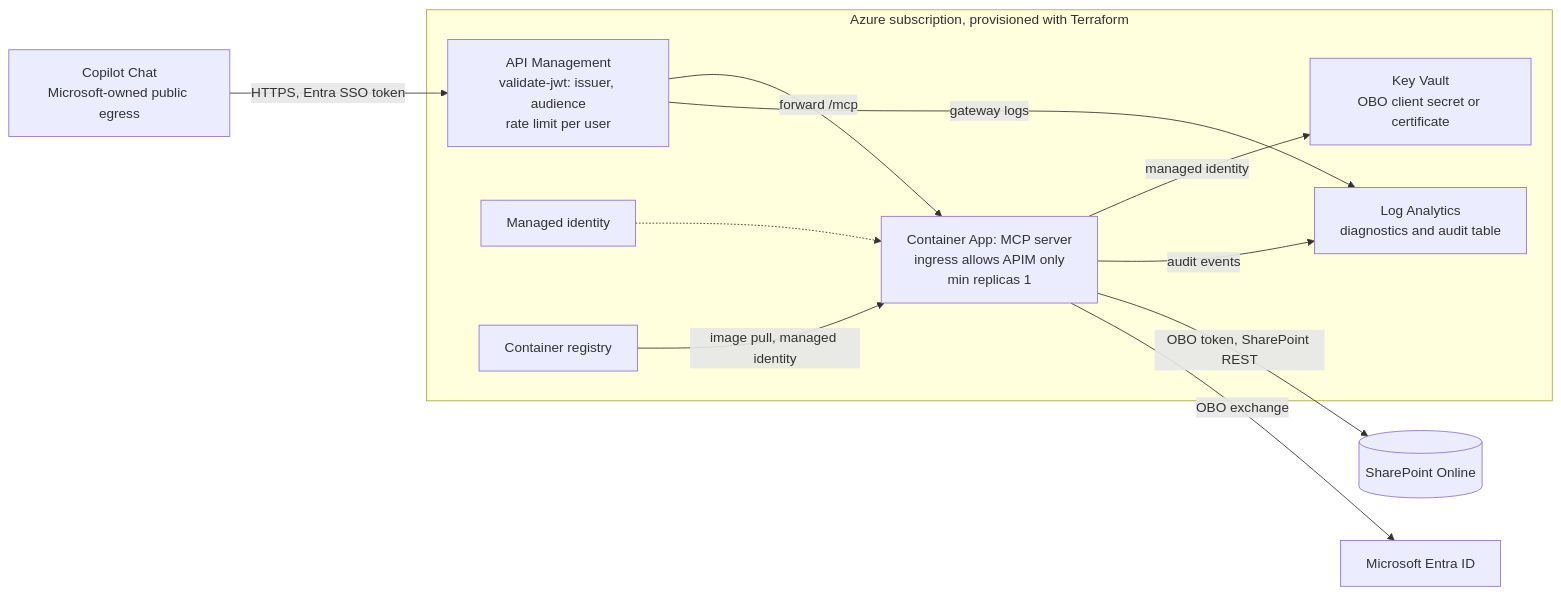
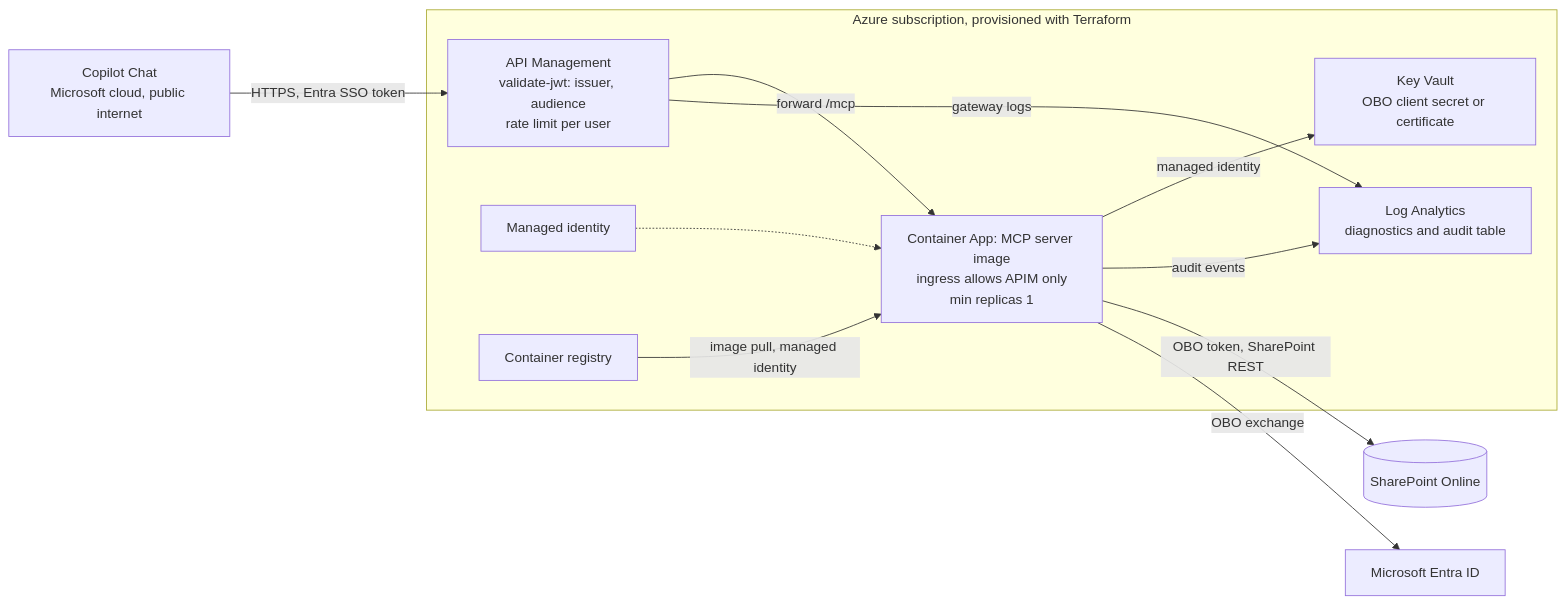
The diagram in architecture/adr/XXXX-azure-target-apim-container-apps-terraform.md (Sartor87/orpheus-systems-sharepoint), drawn with Mermaid before and after one commit. The commit also changed other lines of this file and 6 other files, not shown here.

````diff
--- a/architecture/adr/XXXX-azure-target-apim-container-apps-terraform.md
+++ b/architecture/adr/XXXX-azure-target-apim-container-apps-terraform.md
@@ -59,18 +63,18 @@
 ```mermaid
 flowchart LR
-  CP["Copilot Chat<br/>Microsoft-owned public egress"] -->|"HTTPS, Entra SSO token"| APIM
+  CP["Copilot Chat<br/>Microsoft cloud, public internet"] -->|"HTTPS, Entra SSO token"| APIM
   subgraph AZ["Azure subscription, provisioned with Terraform"]
     APIM["API Management<br/>validate-jwt: issuer, audience<br/>rate limit per user"] -->|"forward /mcp"| ACA
-    ACA["Container App: MCP server<br/>ingress allows APIM only<br/>min replicas 1"]
+    ACA["Container App: MCP server image<br/>ingress allows APIM only<br/>min replicas 1"]
     MI["Managed identity"] -.-> ACA
     KV["Key Vault<br/>OBO client secret or certificate"]
     LA["Log Analytics<br/>diagnostics and audit table"]
     ACR["Container registry"]
     ACA -->|"managed identity"| KV
     ACA -->|"audit events"| LA
     ACR -->|"image pull, managed identity"| ACA
     APIM -->|"gateway logs"| LA
   end
   ACA -->|"OBO token, SharePoint REST"| SP[("SharePoint Online")]
   ACA -->|"OBO exchange"| ENTRA["Microsoft Entra ID"]
 ```
````
